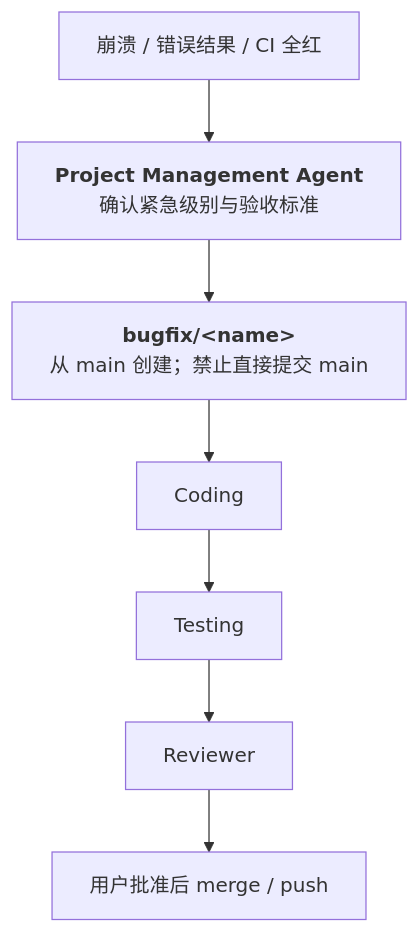
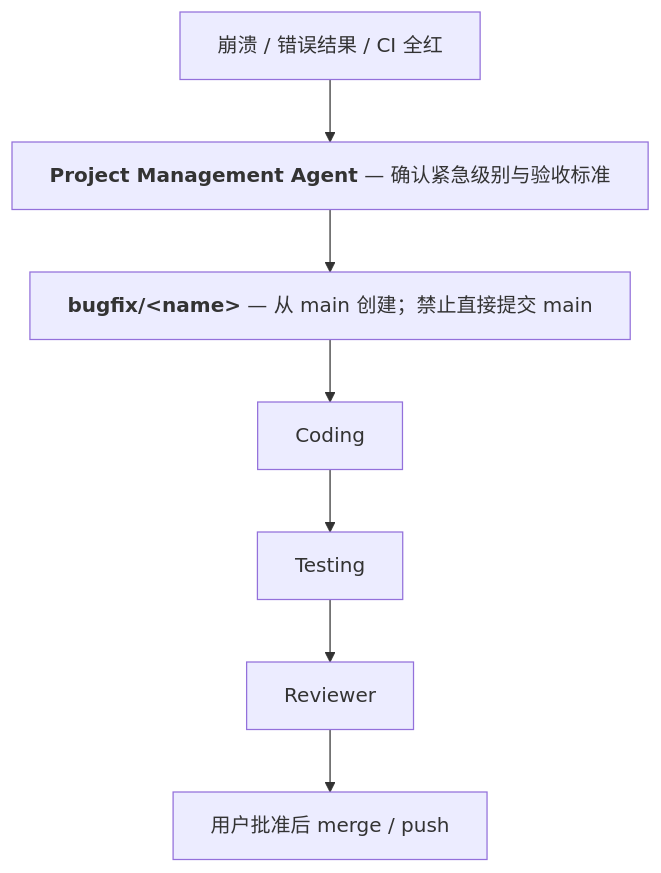
One commit to XYChouMian/caegraph changed the second of 2 diagrams in .agent/WORKFLOW.md. Above: the diagram before and after it, drawn with Mermaid. The commit also changed other lines of this file and 7 other files, not shown here.

Commit message:
docs(mermaid): compact vertical flow labels

````diff
--- a/.agent/WORKFLOW.md
+++ b/.agent/WORKFLOW.md
@@ -44,16 +44,16 @@
 ```mermaid
 flowchart TD
     classDef nowrap white-space:nowrap
 
     A["崩溃 / 错误结果 / CI 全红"]
-    B["<b>Project Management Agent</b><br>确认紧急级别与验收标准"]
-    C["<b>bugfix/&lt;name&gt;</b><br>从 main 创建；禁止直接提交 main"]
+    B["<b>Project Management Agent</b> — 确认紧急级别与验收标准"]
+    C["<b>bugfix/&lt;name&gt;</b> — 从 main 创建；禁止直接提交 main"]
     D["Coding"]
     E["Testing"]
     F["Reviewer"]
     G["用户批准后 merge / push"]
 
     A --> B --> C --> D --> E --> F --> G
 
     class A,B,C,D,E,F,G nowrap
 ```
````
